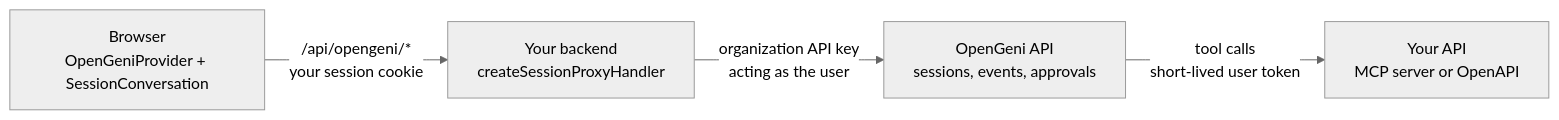
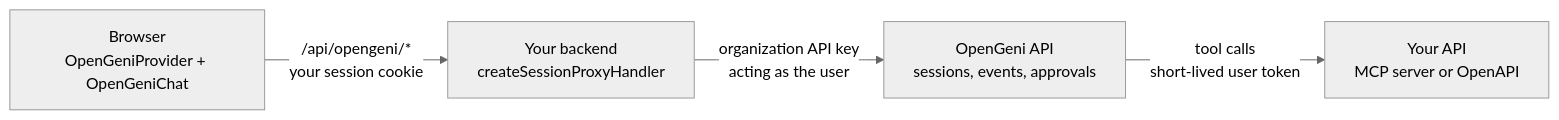
One commit to Cloudgeni-ai/opengeni changed the diagram in docs-site/integrate/how-it-fits-together.mdx. Above: the diagram before and after it, drawn with Mermaid (neutral theme). The commit also changed 12 other files, not shown here.

First line of the commit message:
docs(site): OpenGeniChat and adapters in the default path; landing screenshot

````diff
--- a/docs-site/integrate/how-it-fits-together.mdx
+++ b/docs-site/integrate/how-it-fits-together.mdx
@@ -9,10 +9,10 @@
 ```mermaid
 flowchart LR
-  B["Browser<br/>OpenGeniProvider + SessionConversation"]
+  B["Browser<br/>OpenGeniProvider + OpenGeniChat"]
   P["Your backend<br/>createSessionProxyHandler"]
   O["OpenGeni API<br/>sessions, events, approvals"]
   T["Your API<br/>MCP server or OpenAPI"]
   B -- "/api/opengeni/*<br/>your session cookie" --> P
   P -- "organization API key<br/>acting as the user" --> O
   O -- "tool calls<br/>short-lived user token" --> T
 ```
````
